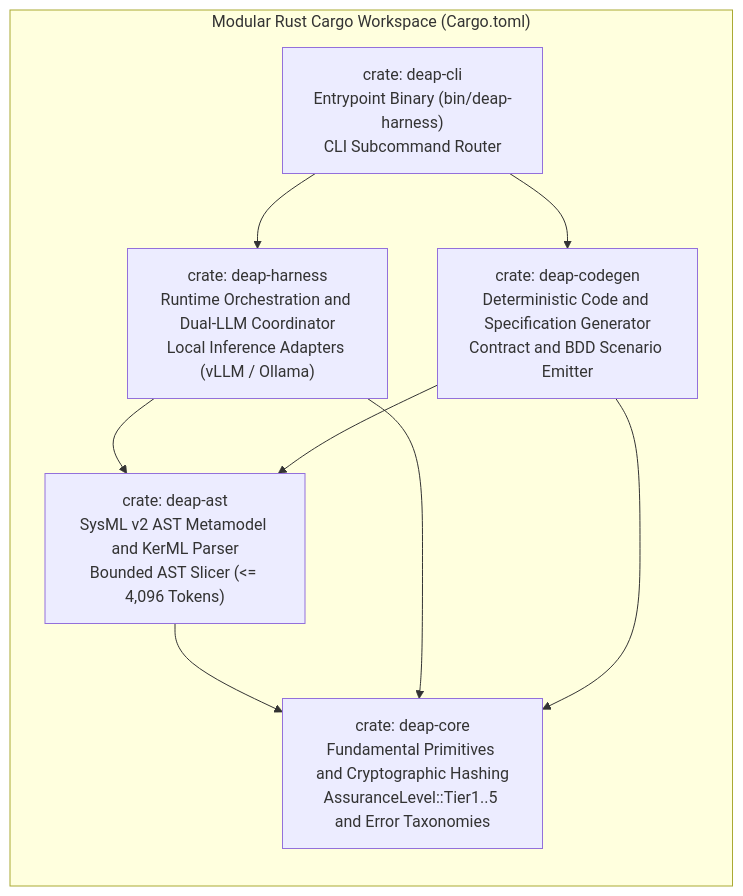
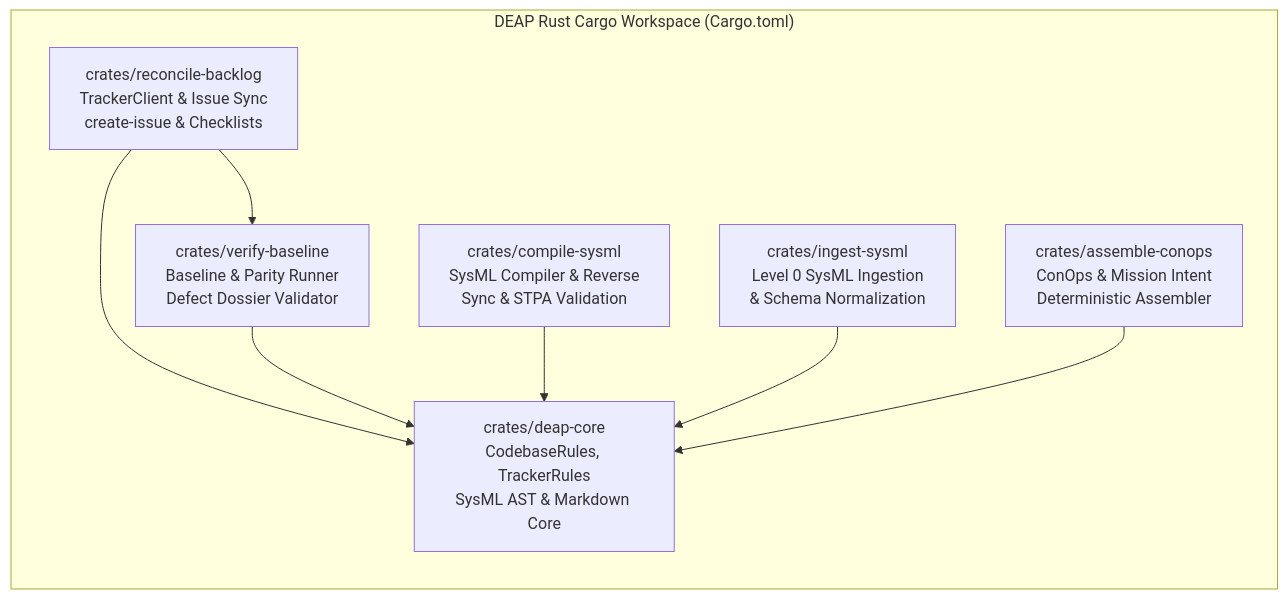
Before and after one commit to gintatkinson/DEAP01-spec-core: diagram 14 of 19 in docs/architecture/blueprints/MULTI_PROVIDER_GITLAB_INFRASTRUCTURE_ARCHITECTURE.md, drawn with Mermaid. The commit also changed other lines of this file and 28 other files, not shown here.

Commit message:
feat(verify-baseline,deap-core,compile-sysml): implement Option C blueprint capabilities and Check 37 blueprint grounding gate

````diff
--- a/docs/architecture/blueprints/MULTI_PROVIDER_GITLAB_INFRASTRUCTURE_ARCHITECTURE.md
+++ b/docs/architecture/blueprints/MULTI_PROVIDER_GITLAB_INFRASTRUCTURE_ARCHITECTURE.md
@@ -1184,19 +1116,19 @@
 ```mermaid
 flowchart TD
-    subgraph CargoWorkspaceTree ["Modular Rust Cargo Workspace (Cargo.toml)"]
+    subgraph CargoWorkspaceTree ["DEAP Rust Cargo Workspace (Cargo.toml)"]
         direction TB
-        deap_cli["crate: deap-cli<br/>Entrypoint Binary (bin/deap-harness)<br/>CLI Subcommand Router"]
-        deap_harness["crate: deap-harness<br/>Runtime Orchestration and Dual-LLM Coordinator<br/>Local Inference Adapters (vLLM / Ollama)"]
-        deap_codegen["crate: deap-codegen<br/>Deterministic Code and Specification Generator<br/>Contract and BDD Scenario Emitter"]
-        deap_ast["crate: deap-ast<br/>SysML v2 AST Metamodel and KerML Parser<br/>Bounded AST Slicer (&lt;= 4,096 Tokens)"]
-        deap_core["crate: deap-core<br/>Fundamental Primitives and Cryptographic Hashing<br/>AssuranceLevel::Tier1..5 and Error Taxonomies"]
+        reconcile_backlog["crates/reconcile-backlog<br/>TrackerClient & Issue Sync<br/>create-issue & Checklists"]
+        verify_baseline["crates/verify-baseline<br/>Baseline & Parity Runner<br/>Defect Dossier Validator"]
+        compile_sysml["crates/compile-sysml<br/>SysML Compiler & Reverse<br/>Sync & STPA Validation"]
+        ingest_sysml["crates/ingest-sysml<br/>Level 0 SysML Ingestion<br/>& Schema Normalization"]
+        assemble_conops["crates/assemble-conops<br/>ConOps & Mission Intent<br/>Deterministic Assembler"]
+        deap_core["crates/deap-core<br/>CodebaseRules, TrackerRules<br/>SysML AST & Markdown Core"]
     end
 
-    deap_cli --> deap_harness
-    deap_cli --> deap_codegen
-    deap_harness --> deap_ast
-    deap_codegen --> deap_ast
-    deap_ast --> deap_core
-    deap_harness --> deap_core
-    deap_codegen --> deap_core
+    reconcile_backlog --> verify_baseline
+    reconcile_backlog --> deap_core
+    verify_baseline --> deap_core
+    compile_sysml --> deap_core
+    ingest_sysml --> deap_core
+    assemble_conops --> deap_core
 ```
````
